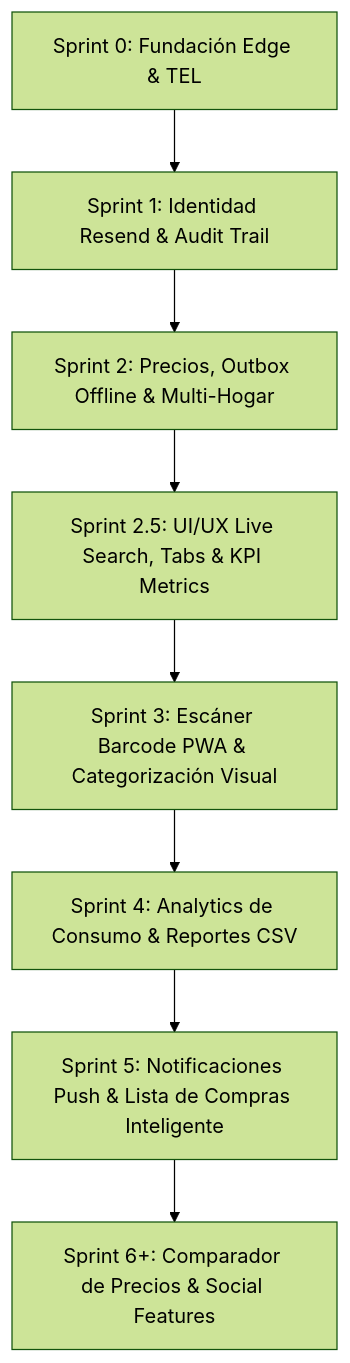
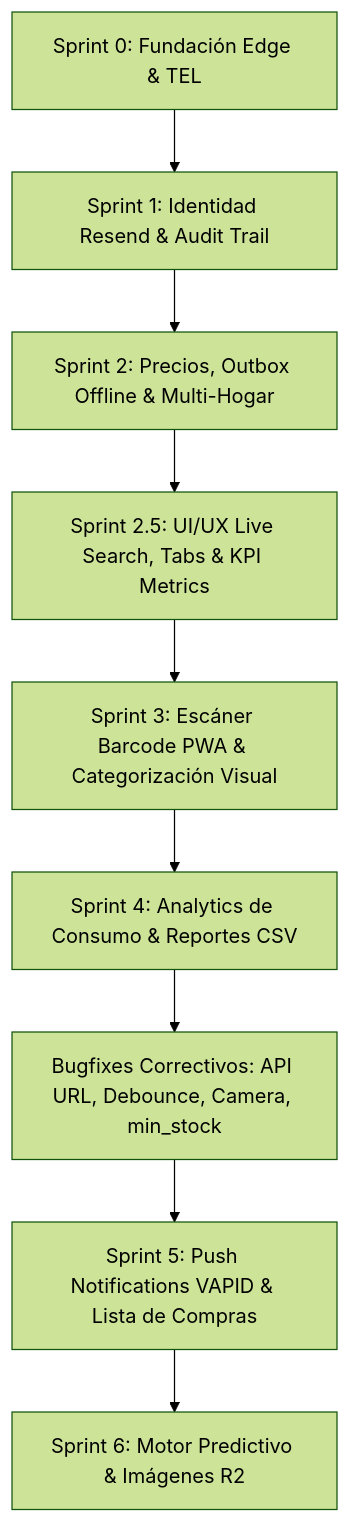
One commit to admin-biteradigital-com/web-api-midespensa changed the diagram in 82_sprint_roadmap_master_plan.md. Above: the diagram before and after it, drawn with Mermaid (forest theme). The commit also changed other lines of this file and 1 other file, not shown here.

First line of the commit message:
docs(sprint-5): Informe de ejecucion Sprint 5 + Roadmap actualizado

````diff
--- a/82_sprint_roadmap_master_plan.md
+++ b/82_sprint_roadmap_master_plan.md
@@ -29,10 +31,11 @@
 ```mermaid
 graph TD
     S0[Sprint 0: Fundación Edge & TEL] --> S1[Sprint 1: Identidad Resend & Audit Trail]
     S1 --> S2[Sprint 2: Precios, Outbox Offline & Multi-Hogar]
     S2 --> S25[Sprint 2.5: UI/UX Live Search, Tabs & KPI Metrics]
     S25 --> S3[Sprint 3: Escáner Barcode PWA & Categorización Visual]
     S3 --> S4[Sprint 4: Analytics de Consumo & Reportes CSV]
-    S4 --> S5[Sprint 5: Notificaciones Push & Lista de Compras Inteligente]
-    S5 --> S6[Sprint 6+: Comparador de Precios & Social Features]
+    S4 --> BF[Bugfixes Correctivos: API URL, Debounce, Camera, min_stock]
+    BF --> S5[Sprint 5: Push Notifications VAPID & Lista de Compras]
+    S5 --> S6[Sprint 6: Motor Predictivo & Imágenes R2]
 ```
````
